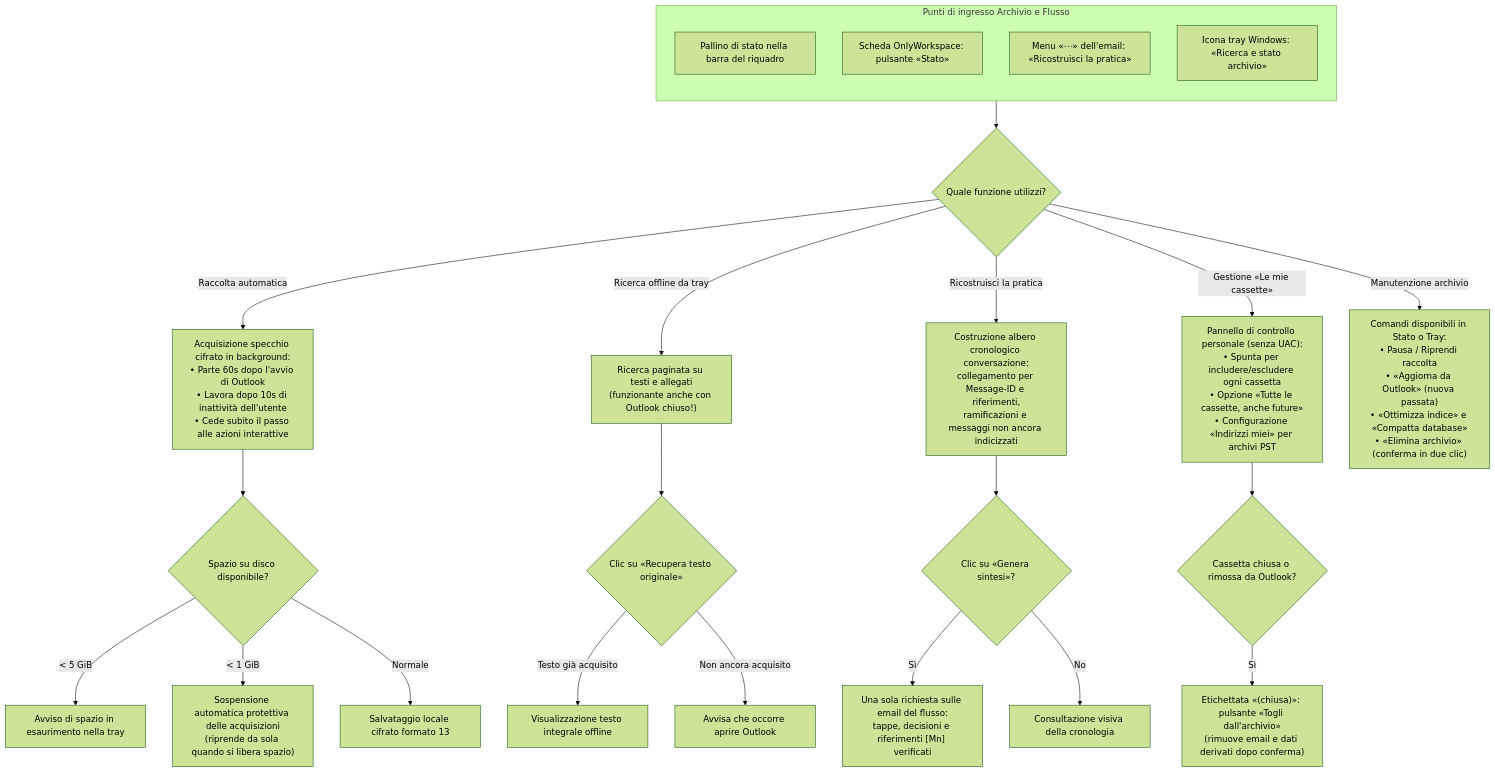
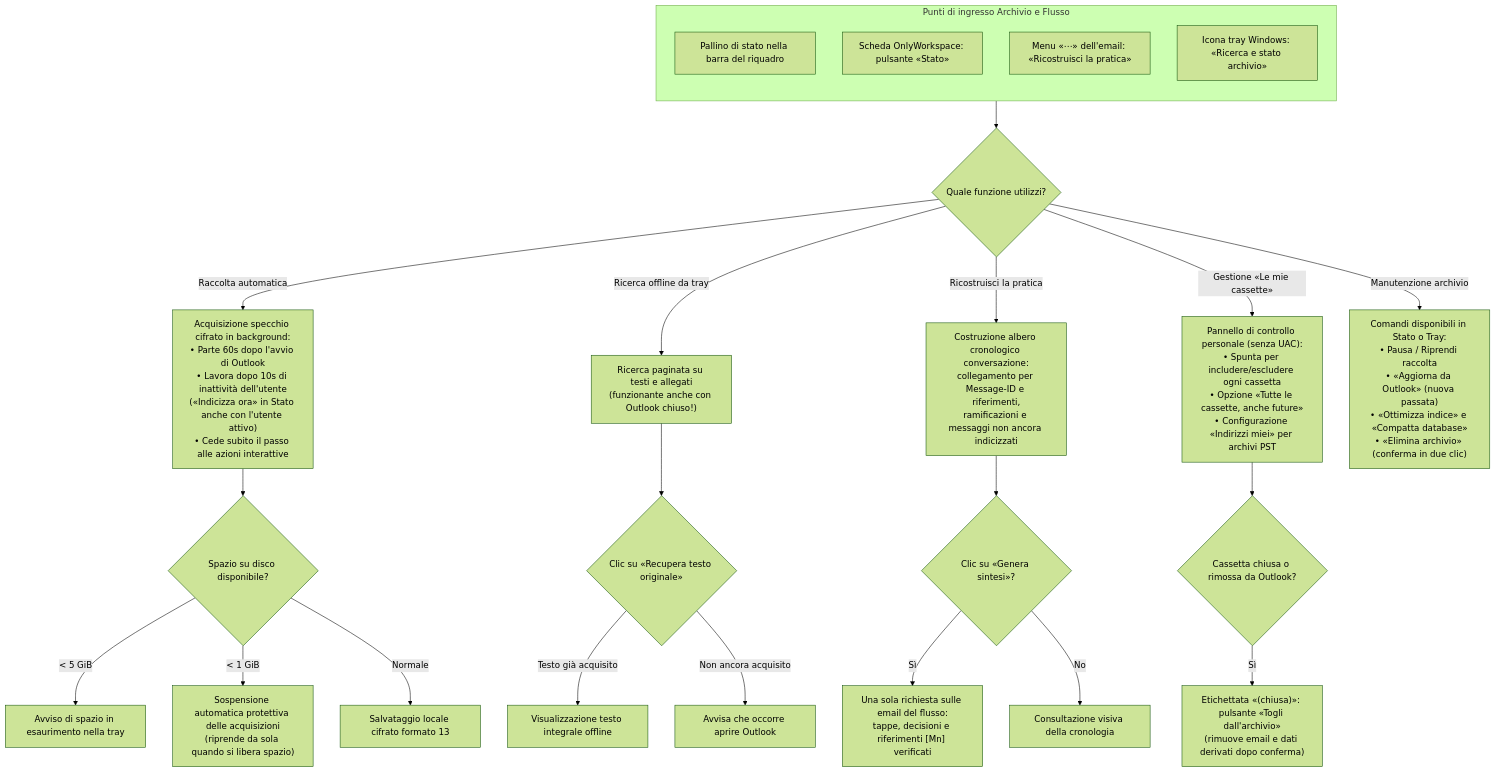
One commit to dennidalpos/OnlyWorkspace changed the fifth of 6 diagrams in docs/utente/guida-visiva.md. Above: the diagram before and after it, drawn with Mermaid (forest theme). The commit also changed other lines of this file and 7 other files, not shown here.

````diff
--- a/docs/utente/guida-visiva.md
+++ b/docs/utente/guida-visiva.md
@@ -258,34 +258,34 @@
 ```mermaid
 flowchart TD
     subgraph INGRESSO_ARCH["Punti di ingresso Archivio e Flusso"]
         direction TB
         AR1["Pallino di stato nella barra del riquadro"]
         AR2["Scheda OnlyWorkspace: pulsante «Stato»"]
         AR3["Menu «⋯» dell'email: «Ricostruisci la pratica»"]
         AR4["Icona tray Windows: «Ricerca e stato archivio»"]
     end
 
     INGRESSO_ARCH --> SCELTA_ARCH{"Quale funzione utilizzi?"}
 
-    SCELTA_ARCH -->|"Raccolta automatica"| BK_RACCOLTA["Acquisizione specchio cifrato in background:<br/>• Parte 60s dopo l'avvio di Outlook<br/>• Lavora dopo 10s di inattività dell'utente<br/>• Cede subito il passo alle azioni interattive"]
+    SCELTA_ARCH -->|"Raccolta automatica"| BK_RACCOLTA["Acquisizione specchio cifrato in background:<br/>• Parte 60s dopo l'avvio di Outlook<br/>• Lavora dopo 10s di inattività dell'utente<br/>(«Indicizza ora» in Stato anche con l'utente attivo)<br/>• Cede subito il passo alle azioni interattive"]
     BK_RACCOLTA --> CHECK_DISCO{"Spazio su disco disponibile?"}
     CHECK_DISCO -->|"< 5 GiB"| WARN_DISCO["Avviso di spazio in esaurimento nella tray"]
     CHECK_DISCO -->|"< 1 GiB"| SUSP_DISCO["Sospensione automatica protettiva delle acquisizioni<br/>(riprende da sola quando si libera spazio)"]
     CHECK_DISCO -->|"Normale"| SALVA_DB["Salvataggio locale cifrato formato 13"]
 
     SCELTA_ARCH -->|"Ricerca offline da tray"| TRAY_SEARCH["Ricerca paginata su testi e allegati<br/>(funzionante anche con Outlook chiuso!)"]
     TRAY_SEARCH --> RECUPERO_ORIG{"Clic su «Recupera testo originale»"}
     RECUPERO_ORIG -->|"Testo già acquisito"| VIEW_OFFLINE["Visualizzazione testo integrale offline"]
     RECUPERO_ORIG -->|"Non ancora acquisito"| NEED_OUTLOOK["Avvisa che occorre aprire Outlook"]
 
     SCELTA_ARCH -->|"Ricostruisci la pratica"| FLOW_TREE["Costruzione albero cronologico conversazione:<br/>collegamento per Message-ID e riferimenti,<br/>ramificazioni e messaggi non ancora indicizzati"]
     FLOW_TREE --> BTN_SINT_FLOW{"Clic su «Genera sintesi»?"}
     BTN_SINT_FLOW -->|"Sì"| RUN_SINT_FLOW["Una sola richiesta sulle email del flusso:<br/>tappe, decisioni e riferimenti [Mn] verificati"]
     BTN_SINT_FLOW -->|"No"| VIEW_FLOW["Consultazione visiva della cronologia"]
 
     SCELTA_ARCH -->|"Gestione «Le mie cassette»"| MIE_CASSETTE["Pannello di controllo personale (senza UAC):<br/>• Spunta per includere/escludere ogni cassetta<br/>• Opzione «Tutte le cassette, anche future»<br/>• Configurazione «Indirizzi miei» per archivi PST"]
     MIE_CASSETTE --> GEST_CHIUSE{"Cassetta chiusa o rimossa da Outlook?"}
     GEST_CHIUSE -->|"Sì"| BTN_DEL_BOX["Etichettata «(chiusa)»: pulsante «Togli dall'archivio»<br/>(rimuove email e dati derivati dopo conferma)"]
 
     SCELTA_ARCH -->|"Manutenzione archivio"| MANUTENZIONE["Comandi disponibili in Stato o Tray:<br/>• Pausa / Riprendi raccolta<br/>• «Aggiorna da Outlook» (nuova passata)<br/>• «Ottimizza indice» e «Compatta database»<br/>• «Elimina archivio» (conferma in due clic)"]
 ```
````
